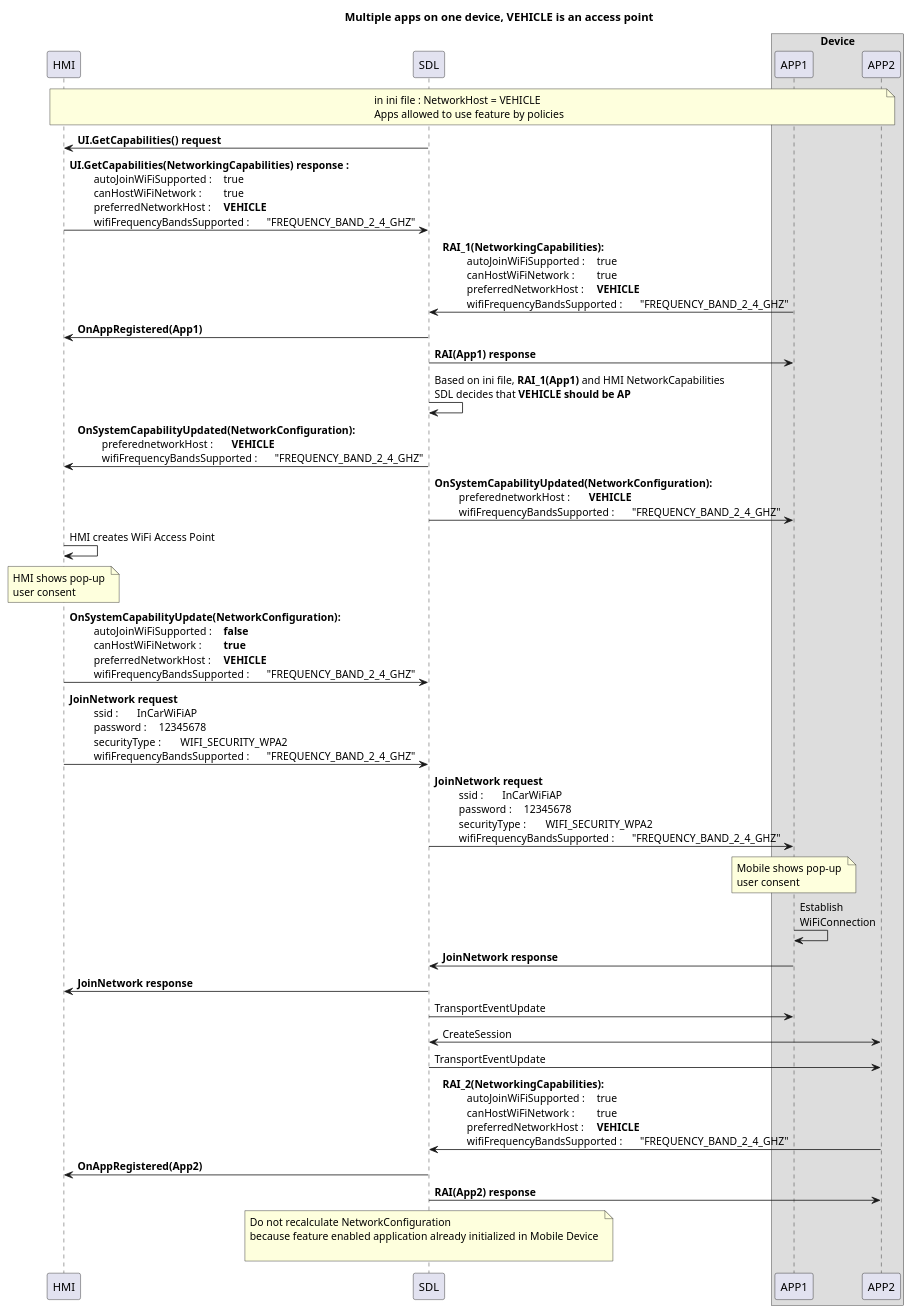
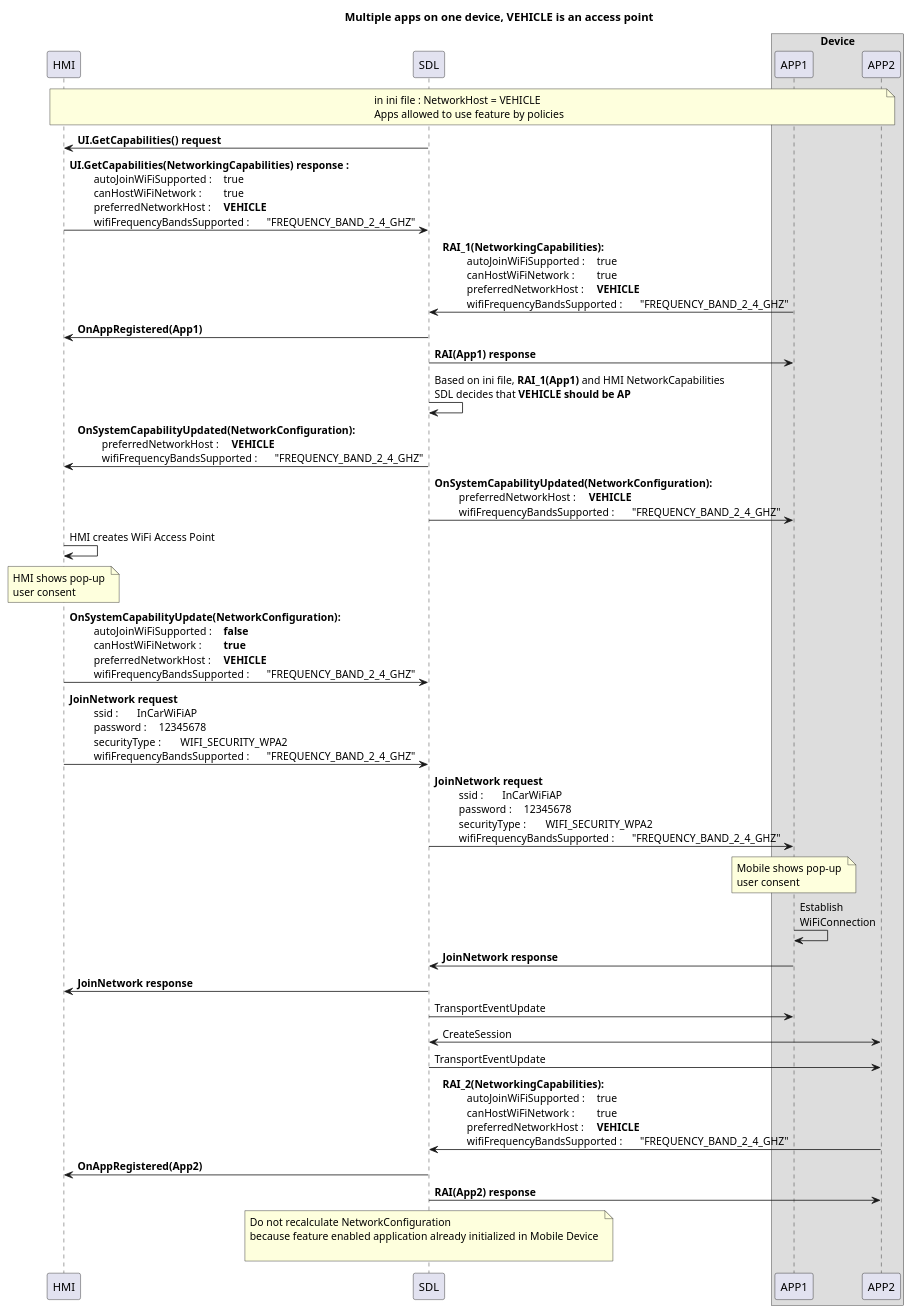
One commit to smartdevicelink/sdl_evolution changed the diagram in assets/proposals/0245-sharing-wifi-ssid-and-password/vehicle_access_point_multiapps.puml. Above: the diagram before and after it, drawn with PlantUML. The commit also changed 5 other files, not shown here.

```diff
--- a/assets/proposals/0245-sharing-wifi-ssid-and-password/vehicle_access_point_multiapps.puml
+++ b/assets/proposals/0245-sharing-wifi-ssid-and-password/vehicle_access_point_multiapps.puml
@@ -1,92 +1,92 @@
 @startuml
 !pragma teoz true
 
 
 title Multiple apps on one device, VEHICLE is an access point
 participant HMI
 participant SDL
 box "Device"
 participant APP1
 participant APP2
 end box
 
 note over HMI, APP2: in ini file : NetworkHost = VEHICLE \n\
 Apps allowed to use feature by policies
 
 SDL -> HMI : <b>UI.GetCapabilities() request
 HMI -> SDL : <b>UI.GetCapabilities(NetworkingCapabilities) response : \n\
 \t autoJoinWiFiSupported : \t true \n\
 \t canHostWiFiNetwork : \t true \n\
 \t preferredNetworkHost : \t **VEHICLE** \n\
 \t wifiFrequencyBandsSupported : \t "FREQUENCY_BAND_2_4_GHZ" 
 
 
 APP1 -> SDL : <b>RAI_1(NetworkingCapabilities): \n\
 \t autoJoinWiFiSupported : \t true \n\
 \t canHostWiFiNetwork : \t true \n\
 \t preferredNetworkHost : \t **VEHICLE** \n\
 \t wifiFrequencyBandsSupported : \t "FREQUENCY_BAND_2_4_GHZ" 
 
 SDL -> HMI : <b>OnAppRegistered(App1) 
 SDL -> APP1 : <b>RAI(App1) response 
 
 SDL -> SDL : Based on ini file, **RAI_1(App1)** and HMI NetworkCapabilities\n\
 SDL decides that **VEHICLE should be AP** 
 
 SDL -> HMI:  <b>OnSystemCapabilityUpdated(NetworkConfiguration): \n\
-\t preferednetworkHost : \t **VEHICLE** \n\
+\t preferredNetworkHost : \t **VEHICLE** \n\
 \t wifiFrequencyBandsSupported : \t "FREQUENCY_BAND_2_4_GHZ" 
 
 SDL -> APP1:  <b>OnSystemCapabilityUpdated(NetworkConfiguration): \n\
-\t preferednetworkHost : \t **VEHICLE** \n\
+\t preferredNetworkHost : \t **VEHICLE** \n\
 \t wifiFrequencyBandsSupported : \t "FREQUENCY_BAND_2_4_GHZ"
 
 HMI -> HMI : HMI creates WiFi Access Point
 
 note over HMI: HMI shows pop-up \n\
 user consent 
 
 HMI -> SDL:  <b>OnSystemCapabilityUpdate(NetworkConfiguration): \n\
 \t autoJoinWiFiSupported : \t **false** \n\
 \t canHostWiFiNetwork : \t **true**  \n\
 \t preferredNetworkHost : \t **VEHICLE** \n\
 \t wifiFrequencyBandsSupported : \t "FREQUENCY_BAND_2_4_GHZ" 
 
 HMI -> SDL: <b>JoinNetwork request \n\
 \t ssid : \t InCarWiFiAP \n\
 \t password : \t 12345678 \n\
 \t securityType : \t WIFI_SECURITY_WPA2 \n\
 \t wifiFrequencyBandsSupported : \t "FREQUENCY_BAND_2_4_GHZ" 
 
 SDL -> APP1: <b>JoinNetwork request \n\
 \t ssid : \t InCarWiFiAP \n\
 \t password : \t 12345678 \n\
 \t securityType : \t WIFI_SECURITY_WPA2 \n\
 \t wifiFrequencyBandsSupported : \t "FREQUENCY_BAND_2_4_GHZ" 
 
 note over APP1: Mobile shows pop-up \n\
 user consent 
 
 APP1 -> APP1 : Establish  \n\
 WiFiConnection
 
 APP1 -> SDL : <b>JoinNetwork response
 SDL -> HMI : <b>JoinNetwork response
 SDL -> APP1 : TransportEventUpdate
 
 APP2 <-> SDL : CreateSession
 SDL -> APP2 : TransportEventUpdate
 APP2 -> SDL : <b>RAI_2(NetworkingCapabilities): \n\
 \t autoJoinWiFiSupported : \t true \n\
 \t canHostWiFiNetwork : \t true \n\
 \t preferredNetworkHost : \t **VEHICLE** \n\
 \t wifiFrequencyBandsSupported : \t "FREQUENCY_BAND_2_4_GHZ" 
 
 
 SDL -> HMI : <b>OnAppRegistered(App2) 
 SDL -> APP2 : <b>RAI(App2) response 
 
 note over SDL : Do not recalculate NetworkConfiguration \n\
 because feature enabled application already initialized in Mobile Device \n\
 
 @enduml
```
